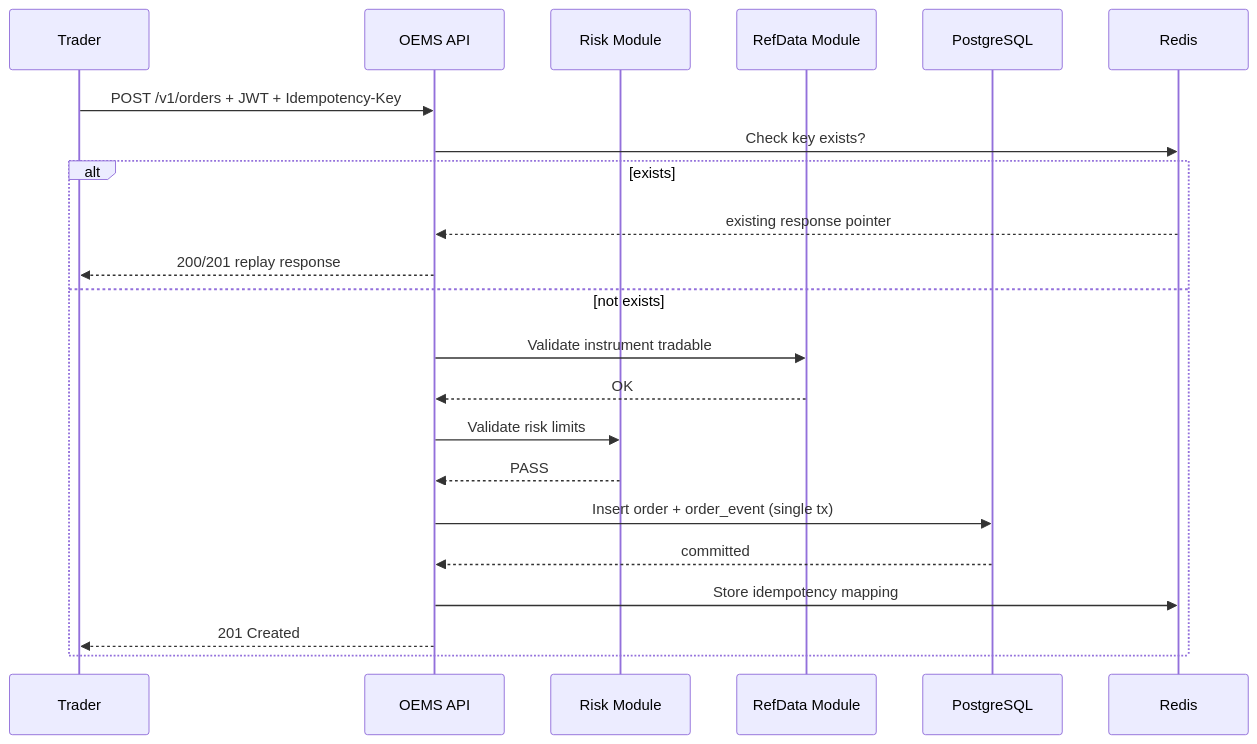
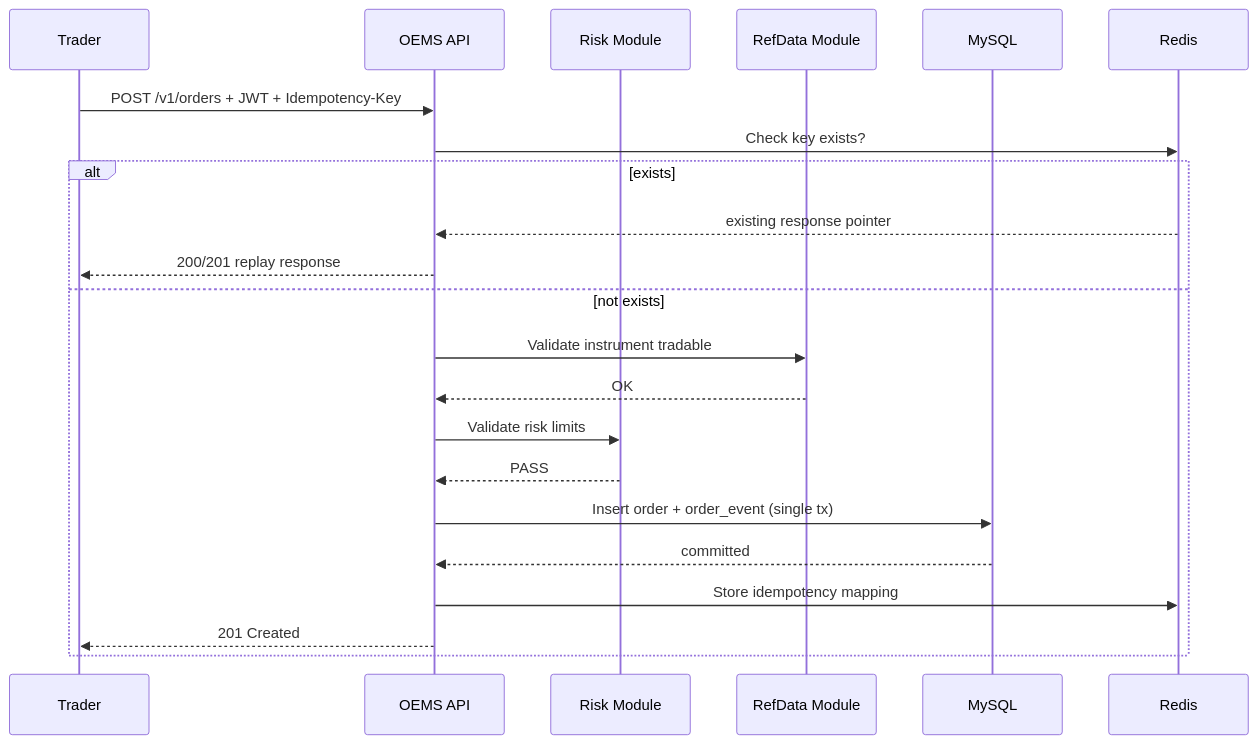
Before and after one commit to Aniket-gawade/oems: the third of 4 diagrams in docs/OEMS_PHASE1_COOKBOOK.md, drawn with Mermaid. The commit also changed other lines of this file and 8 other files, not shown here.

````diff
--- a/docs/OEMS_PHASE1_COOKBOOK.md
+++ b/docs/OEMS_PHASE1_COOKBOOK.md
@@ -247,25 +247,25 @@
 ```mermaid
 sequenceDiagram
     participant T as Trader
     participant A as OEMS API
     participant R as Risk Module
     participant D as RefData Module
-    participant DB as PostgreSQL
+    participant DB as MySQL
     participant C as Redis
 
     T->>A: POST /v1/orders + JWT + Idempotency-Key
     A->>C: Check key exists?
     alt exists
         C-->>A: existing response pointer
         A-->>T: 200/201 replay response
     else not exists
         A->>D: Validate instrument tradable
         D-->>A: OK
         A->>R: Validate risk limits
         R-->>A: PASS
         A->>DB: Insert order + order_event (single tx)
         DB-->>A: committed
         A->>C: Store idempotency mapping
         A-->>T: 201 Created
     end
 ```
````
